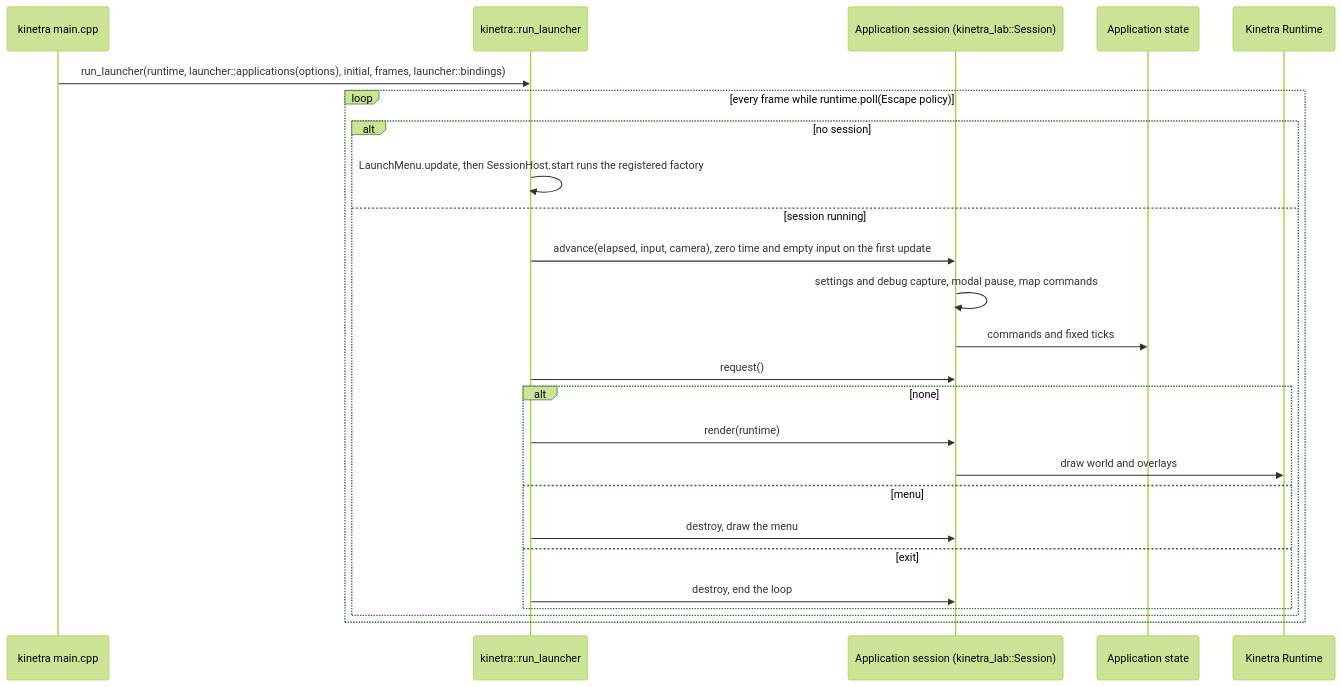
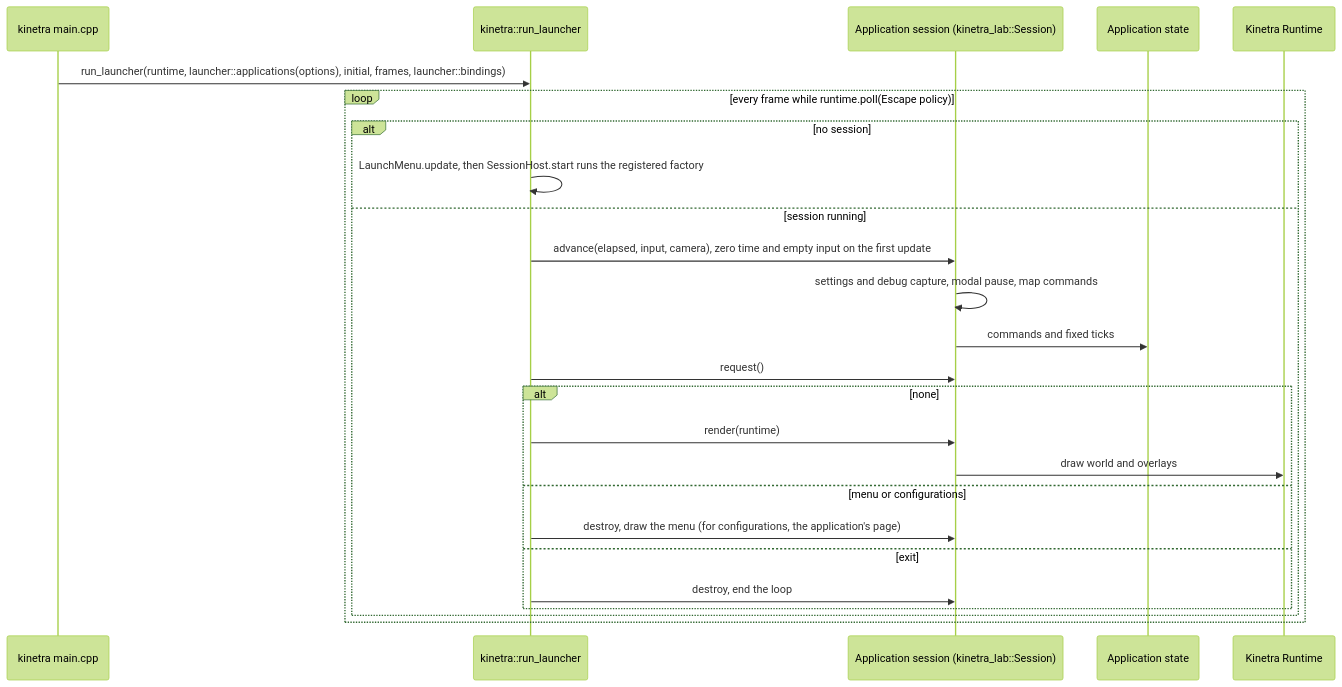
One commit to SMB-M87/Kinetra-Lab changed the second of 2 diagrams in docs/architecture.md. Above: the diagram before and after it, drawn with Mermaid (forest theme). The commit also changed other lines of this file and 1 other file, not shown here.

Commit message:
docs(architecture): address review: a session also leaves through its debug menu
The session-flow diagram gets a configurations branch, and the text names
Demo's SCENARIOS and Dotio's DIFFICULTY next to the settings overlay; the
launcher's Add an application bullet names configurations too. The pointer
follows Kinetra's fix of the menu_key contract and its new lesson.

Claude-Session: https://claude.ai/code/session_01X7aQDDU7XY68eLTdPSskpH

````diff
--- a/docs/architecture.md
+++ b/docs/architecture.md
@@ -50,27 +50,27 @@
 ```mermaid
 sequenceDiagram
     participant Main as kinetra main.cpp
     participant Host as kinetra::run_launcher
     participant Session as Application session (kinetra_lab::Session)
     participant App as Application state
     participant Runtime as Kinetra Runtime
     Main->>Host: run_launcher(runtime, launcher::applications(options), initial, frames, launcher::bindings)
     loop every frame while runtime.poll(Escape policy)
         alt no session
             Host->>Host: LaunchMenu.update, then SessionHost.start runs the registered factory
         else session running
             Host->>Session: advance(elapsed, input, camera), zero time and empty input on the first update
             Session->>Session: settings and debug capture, modal pause, map commands
             Session->>App: commands and fixed ticks
             Host->>Session: request()
             alt none
                 Host->>Session: render(runtime)
                 Session->>Runtime: draw world and overlays
-            else menu
-                Host->>Session: destroy, draw the menu
+            else menu or configurations
+                Host->>Session: destroy, draw the menu (for configurations, the application's page)
             else exit
                 Host->>Session: destroy, end the loop
             end
         end
     end
 ```
````
